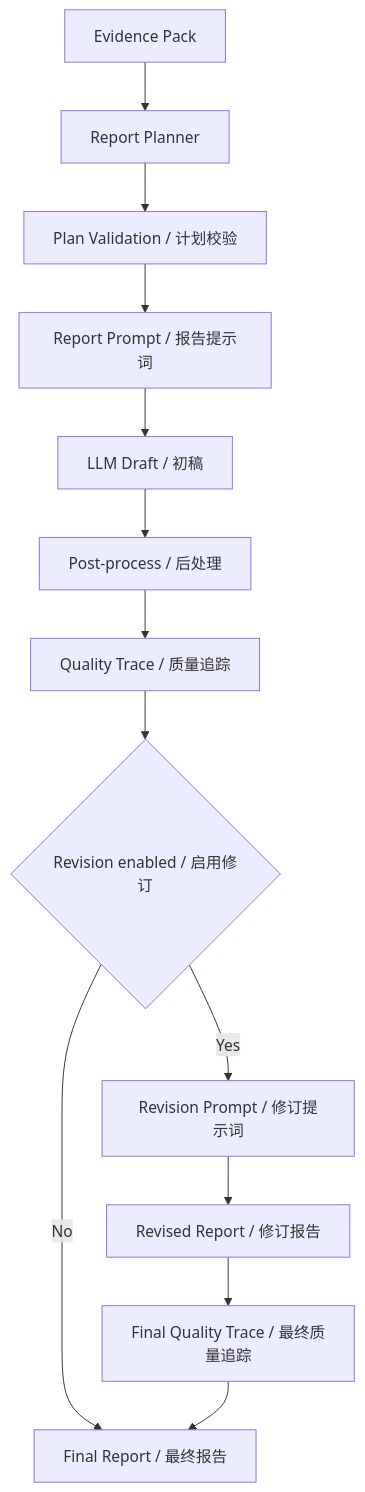
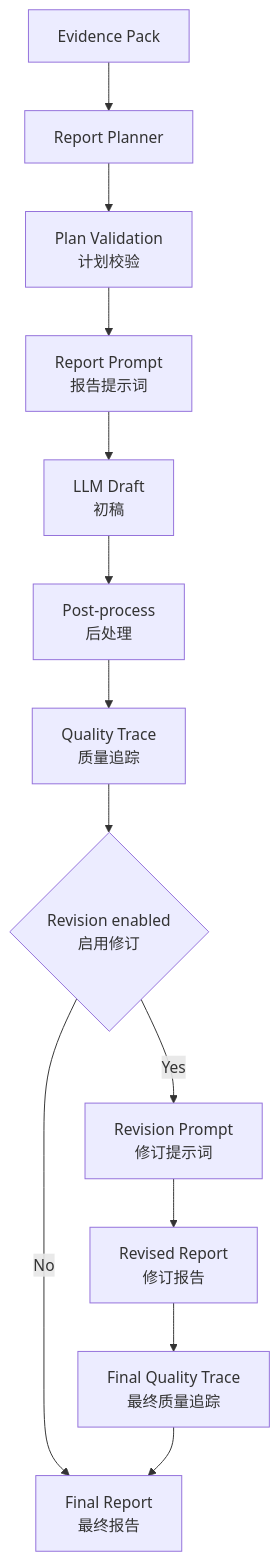
One commit to xiaodazhao/tbm-report changed the fourth of 4 diagrams in backend/docs/README.md. Above: the diagram before and after it, drawn with Mermaid. The commit also changed other lines of this file and 1 other file, not shown here.

Commit message:
Fix Mermaid diagrams for GitHub rendering

````diff
--- a/backend/docs/README.md
+++ b/backend/docs/README.md
@@ -126,15 +126,15 @@
 ```mermaid
 flowchart TD
-    A[Evidence Pack] --> B[Report Planner]
-    B --> C[Plan Validation / 计划校验]
-    C --> D[Report Prompt / 报告提示词]
-    D --> E[LLM Draft / 初稿]
-    E --> F[Post-process / 后处理]
-    F --> G[Quality Trace / 质量追踪]
-    G --> H{Revision enabled / 启用修订}
-    H -- No --> I[Final Report / 最终报告]
-    H -- Yes --> J[Revision Prompt / 修订提示词]
-    J --> K[Revised Report / 修订报告]
-    K --> L[Final Quality Trace / 最终质量追踪]
-    L --> I
+    pack["Evidence Pack"] --> planner["Report Planner"]
+    planner --> plan_check["Plan Validation<br/>计划校验"]
+    plan_check --> prompt["Report Prompt<br/>报告提示词"]
+    prompt --> draft["LLM Draft<br/>初稿"]
+    draft --> post["Post-process<br/>后处理"]
+    post --> qtrace["Quality Trace<br/>质量追踪"]
+    qtrace --> revision{"Revision enabled<br/>启用修订"}
+    revision -- "No" --> final_report["Final Report<br/>最终报告"]
+    revision -- "Yes" --> revision_prompt["Revision Prompt<br/>修订提示词"]
+    revision_prompt --> revised["Revised Report<br/>修订报告"]
+    revised --> final_trace["Final Quality Trace<br/>最终质量追踪"]
+    final_trace --> final_report
 ```
````
